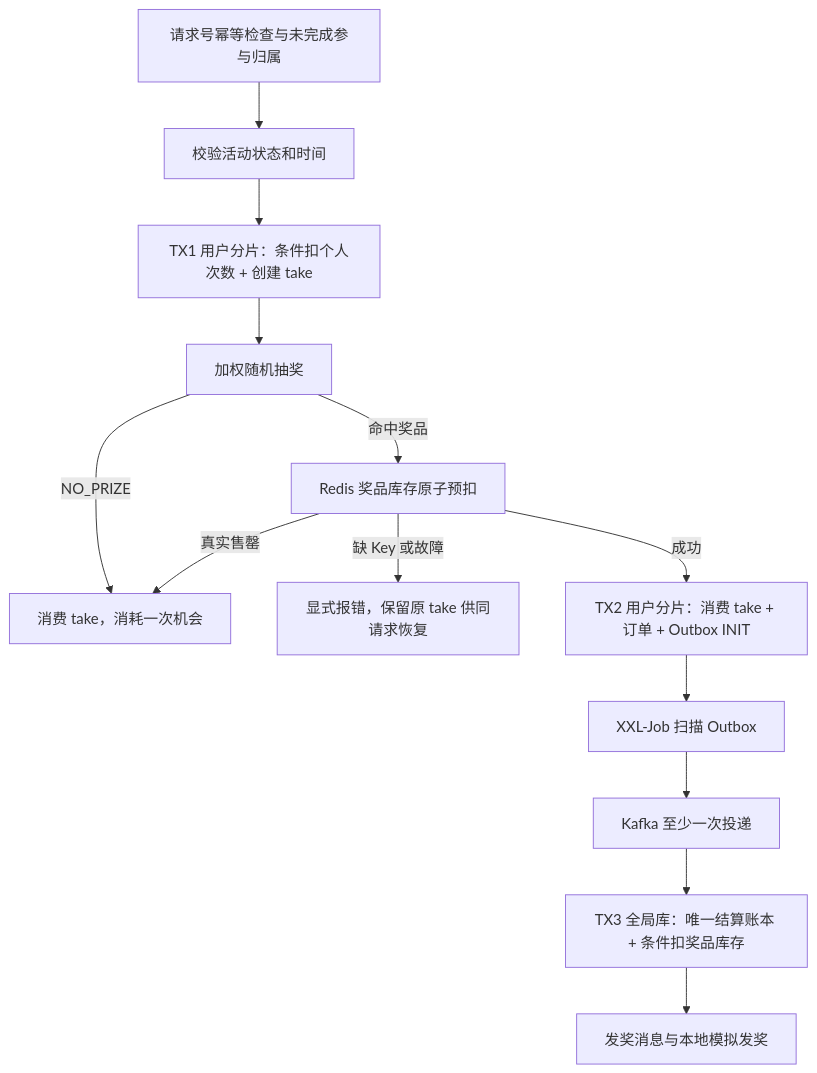
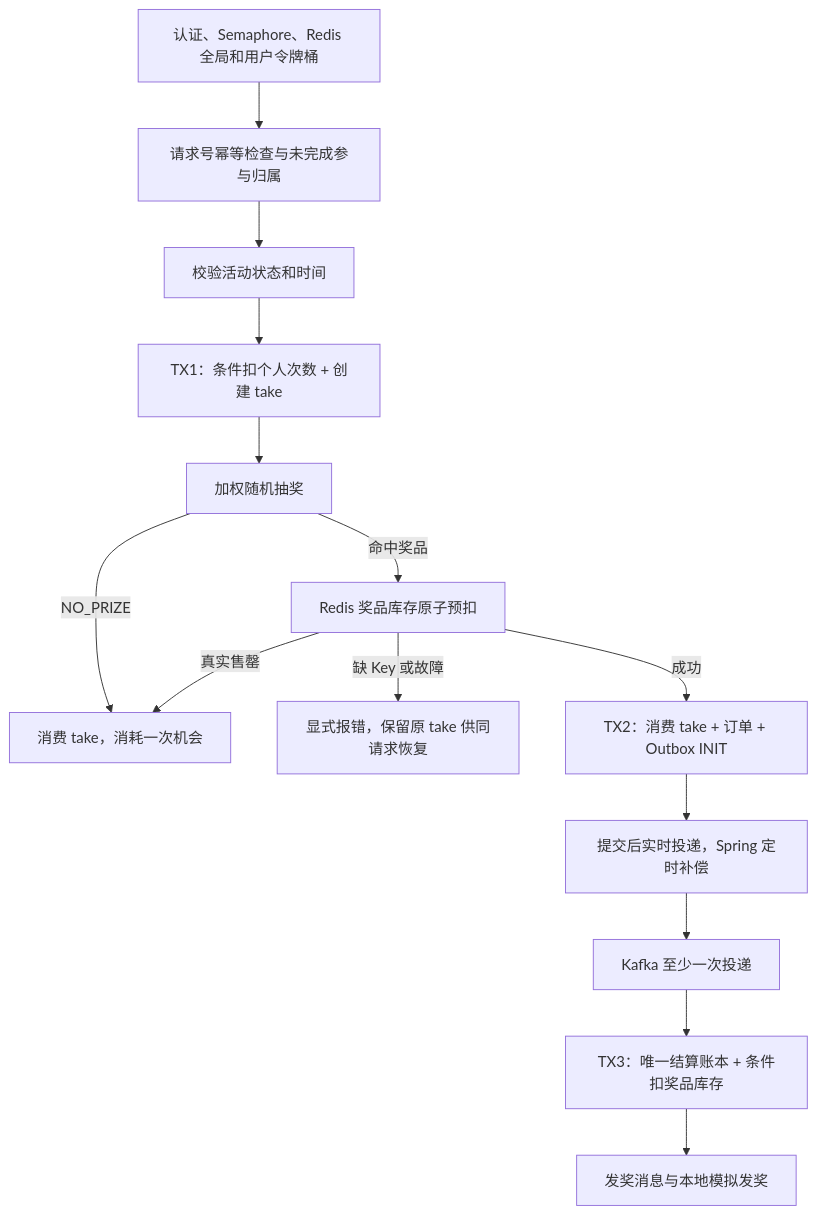
The diagram in docs/architecture.md (kaguranananana/lottery), drawn with Mermaid before and after one commit. The commit also changed other lines of this file and 71 other files, not shown here.

````diff
--- a/docs/architecture.md
+++ b/docs/architecture.md
@@ -39,15 +38,16 @@
 ```mermaid
 flowchart TD
-    R[请求号幂等检查与未完成参与归属] --> A[校验活动状态和时间]
-    A --> T1[TX1 用户分片：条件扣个人次数 + 创建 take]
+    H[认证、Semaphore、Redis 全局和用户令牌桶] --> R[请求号幂等检查与未完成参与归属]
+    R --> A[校验活动状态和时间]
+    A --> T1[TX1：条件扣个人次数 + 创建 take]
     T1 --> D[加权随机抽奖]
     D -->|NO_PRIZE| N[消费 take，消耗一次机会]
     D -->|命中奖品| S[Redis 奖品库存原子预扣]
     S -->|真实售罄| N
     S -->|缺 Key 或故障| E[显式报错，保留原 take 供同请求恢复]
-    S -->|成功| T2[TX2 用户分片：消费 take + 订单 + Outbox INIT]
-    T2 --> J[XXL-Job 扫描 Outbox]
+    S -->|成功| T2[TX2：消费 take + 订单 + Outbox INIT]
+    T2 --> J[提交后实时投递，Spring 定时补偿]
     J --> K[Kafka 至少一次投递]
-    K --> T3[TX3 全局库：唯一结算账本 + 条件扣奖品库存]
+    K --> T3[TX3：唯一结算账本 + 条件扣奖品库存]
     T3 --> I[发奖消息与本地模拟发奖]
 ```
````
